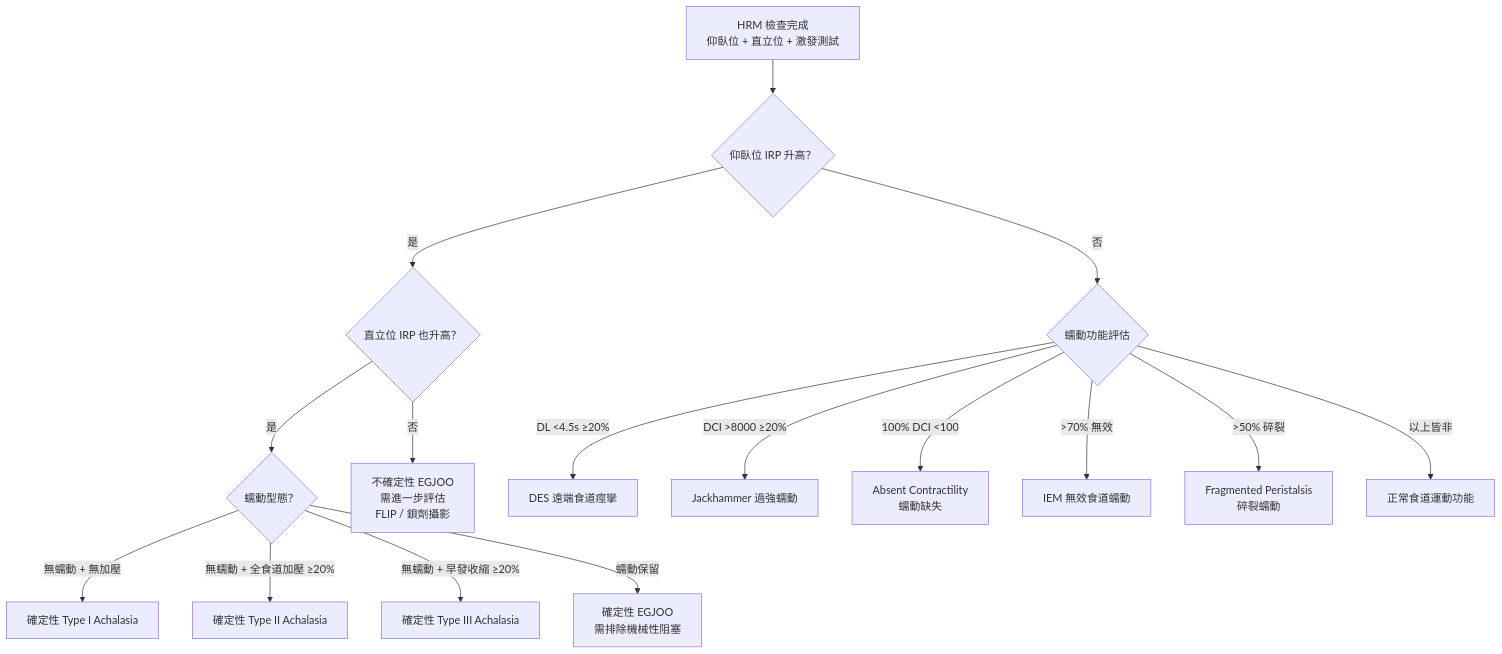
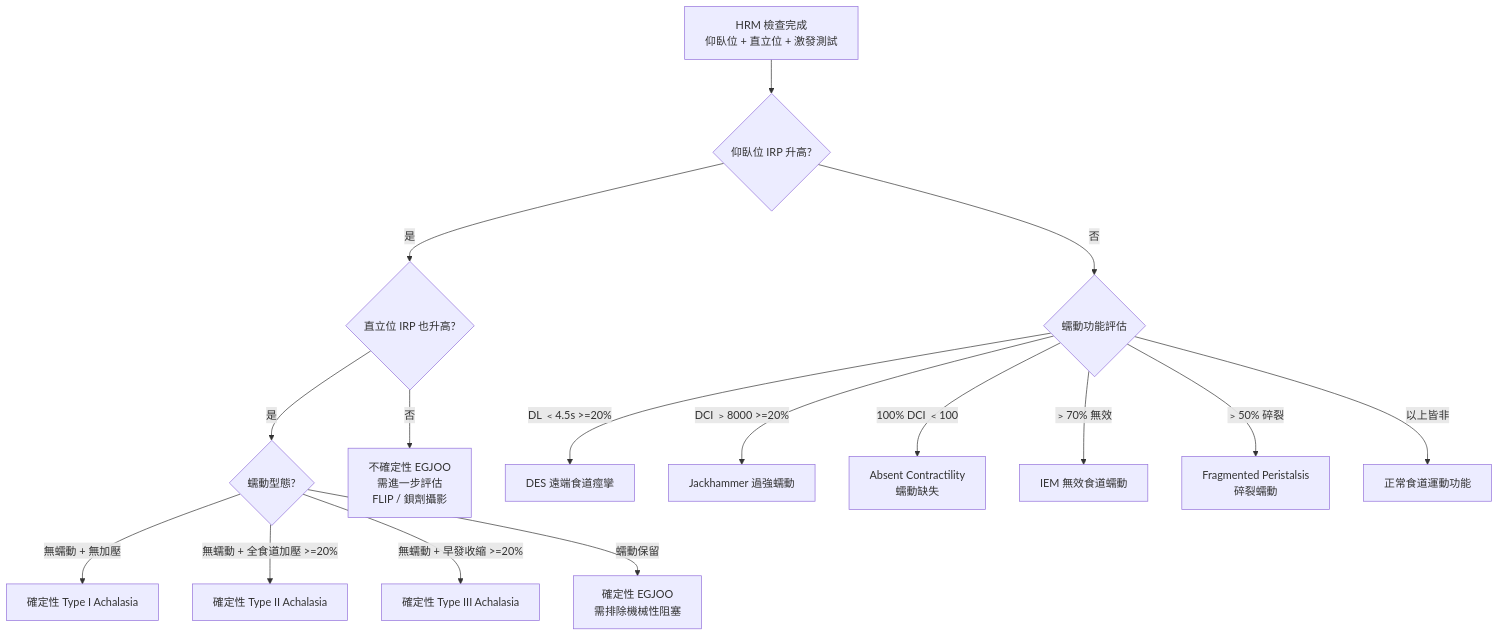
Before and after one commit to dontchangela-bit/esophageal-education: the diagram in 食道功能檢查/進階版/02_Chicago分類v4.0.md, drawn with Mermaid. The commit also changed 59 other files, not shown here.

First line of the commit message:
Fix Mermaid v11.13 syntax errors across all esophageal files

````diff
--- a/食道功能檢查/進階版/02_Chicago分類v4.0.md
+++ b/食道功能檢查/進階版/02_Chicago分類v4.0.md
@@ -145,22 +145,22 @@
 ```mermaid
 flowchart TD
-    A[HRM 檢查完成<br>仰臥位 + 直立位 + 激發測試] --> B{仰臥位 IRP 升高？}
+    A[HRM 檢查完成<br/>仰臥位 + 直立位 + 激發測試] --> B{仰臥位 IRP 升高?}
 
-    B -->|是| C{直立位 IRP 也升高？}
+    B -->|是| C{直立位 IRP 也升高?}
     B -->|否| H{蠕動功能評估}
 
-    C -->|是| D{蠕動型態？}
-    C -->|否| G[不確定性 EGJOO<br>需進一步評估<br>FLIP / 鋇劑攝影]
+    C -->|是| D{蠕動型態?}
+    C -->|否| G[不確定性 EGJOO<br/>需進一步評估<br/>FLIP / 鋇劑攝影]
 
     D -->|無蠕動 + 無加壓| D1[確定性 Type I Achalasia]
-    D -->|無蠕動 + 全食道加壓 ≥20%| D2[確定性 Type II Achalasia]
-    D -->|無蠕動 + 早發收縮 ≥20%| D3[確定性 Type III Achalasia]
-    D -->|蠕動保留| D4[確定性 EGJOO<br>需排除機械性阻塞]
+    D -->|無蠕動 + 全食道加壓 >=20%| D2[確定性 Type II Achalasia]
+    D -->|無蠕動 + 早發收縮 >=20%| D3[確定性 Type III Achalasia]
+    D -->|蠕動保留| D4[確定性 EGJOO<br/>需排除機械性阻塞]
 
-    H -->|DL <4.5s ≥20%| I[DES 遠端食道痙攣]
-    H -->|DCI >8000 ≥20%| J[Jackhammer 過強蠕動]
-    H -->|100% DCI <100| K[Absent Contractility<br>蠕動缺失]
-    H -->|>70% 無效| L[IEM 無效食道蠕動]
-    H -->|>50% 碎裂| M[Fragmented Peristalsis<br>碎裂蠕動]
+    H -->|DL ﹤4.5s >=20%| I[DES 遠端食道痙攣]
+    H -->|DCI ﹥8000 >=20%| J[Jackhammer 過強蠕動]
+    H -->|100% DCI ﹤100| K[Absent Contractility<br/>蠕動缺失]
+    H -->|﹥70% 無效| L[IEM 無效食道蠕動]
+    H -->|﹥50% 碎裂| M[Fragmented Peristalsis<br/>碎裂蠕動]
     H -->|以上皆非| N[正常食道運動功能]
 ```
````
